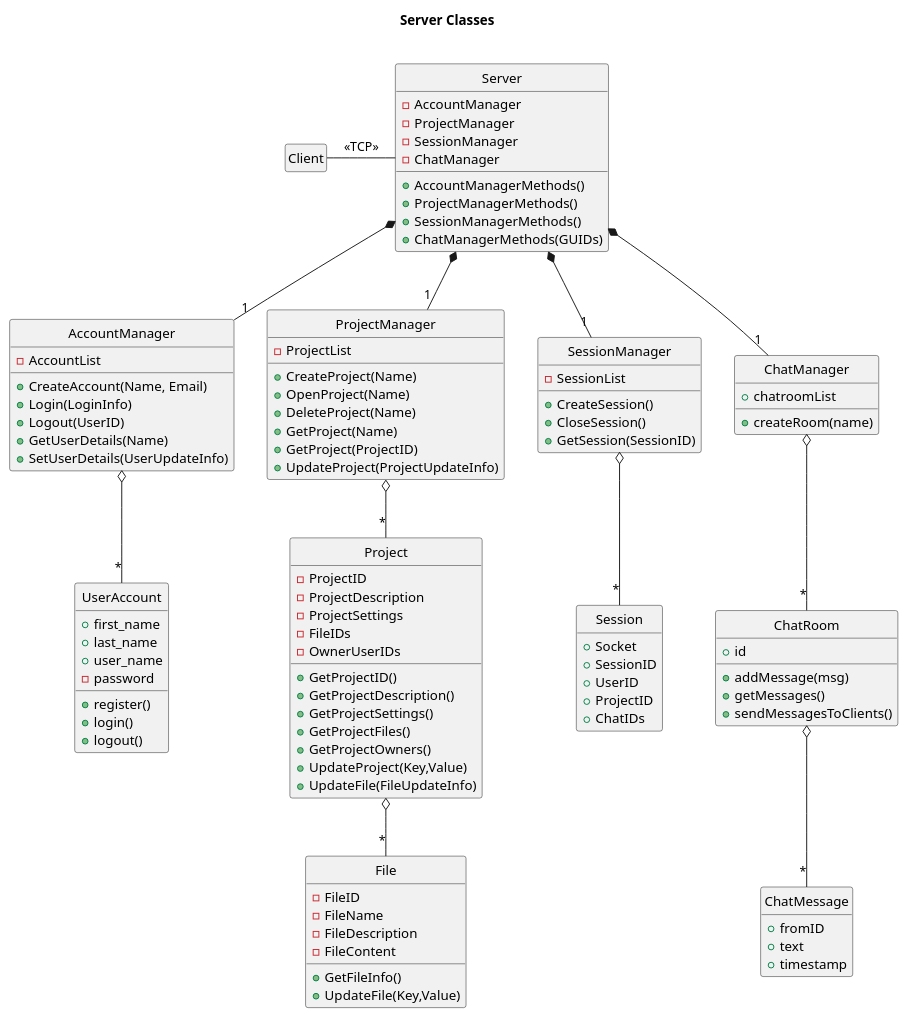
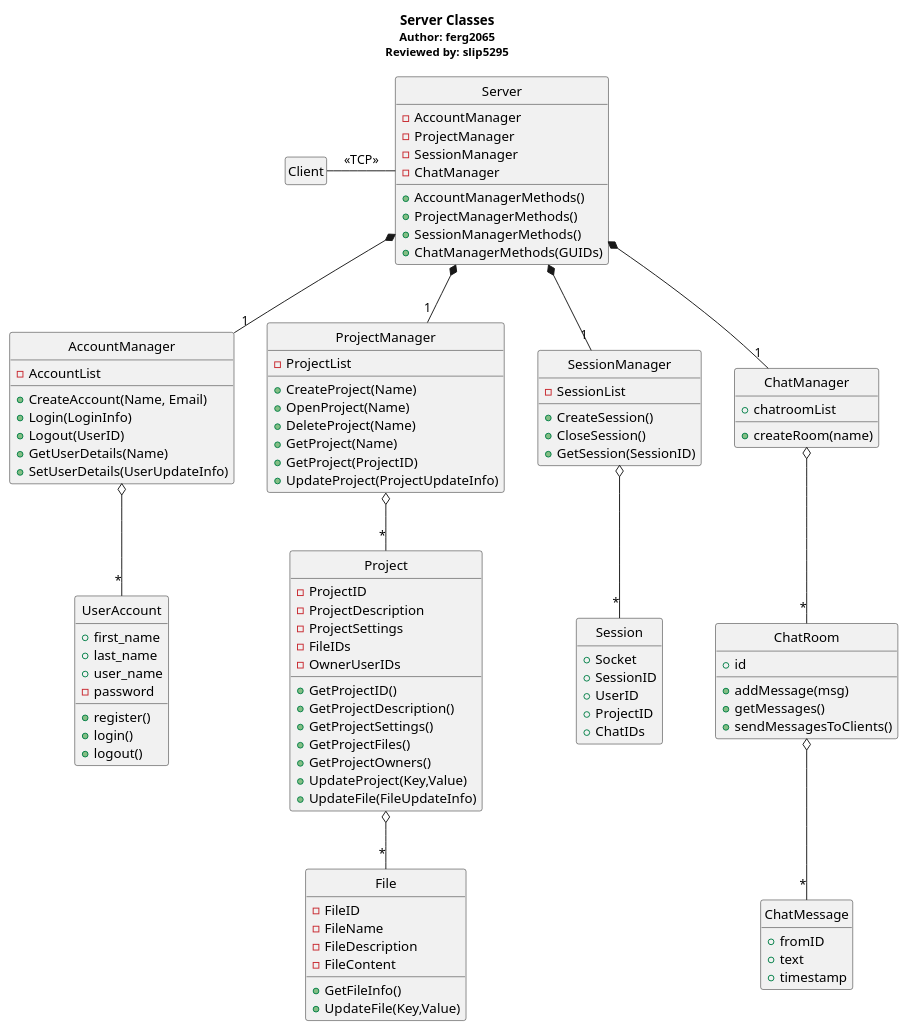
One commit to voxelv/sQuire_kw changed the diagram in hw3/server_detail.pu. Above: the diagram before and after it, drawn with PlantUML. The commit also changed 1 other file, not shown here.

Commit message:
Added author and reviewer

```diff
--- a/hw3/server_detail.pu
+++ b/hw3/server_detail.pu
@@ -1,111 +1,111 @@
 @startuml
 hide circle
 hide empty members
 
-Title <b>Server Classes</b>\n
+Title <b>Server Classes</b>\n<size:12>Author: ferg2065\n<size:12>Reviewed by: slip5295</size>
 
 class "Client" as sq 
 class "Server" as sqs{
 	-AccountManager
 	-ProjectManager
 	-SessionManager
 	-ChatManager
 	+AccountManagerMethods()
 	+ProjectManagerMethods()
 	+SessionManagerMethods()
 	+ChatManagerMethods(GUIDs)
 	}
 	class "AccountManager" as sqs_ua_m{
 		-AccountList
 		+CreateAccount(Name, Email)
 		+Login(LoginInfo)
 		+Logout(UserID)
 		+GetUserDetails(Name)
 		+SetUserDetails(UserUpdateInfo)
 		}
 		class "UserAccount" as sqs_ua {
 			+first_name
 			+last_name
 			+user_name
 			-password
 			+register()
 			+login()
 			+logout()
 			}
 	class "ProjectManager" as sqs_pr_m{
 		-ProjectList
 		+CreateProject(Name)
 		+OpenProject(Name)
 		+DeleteProject(Name)
 		+GetProject(Name)
 		+GetProject(ProjectID)
 		+UpdateProject(ProjectUpdateInfo)
 		}
 		class "Project" as sqs_pr{
 			-ProjectID
 			-ProjectDescription
 			-ProjectSettings
 			-FileIDs
 			-OwnerUserIDs
 			+GetProjectID()
 			+GetProjectDescription()
 			+GetProjectSettings()
 			+GetProjectFiles()
 			+GetProjectOwners()
 			+UpdateProject(Key,Value)
 			+UpdateFile(FileUpdateInfo)
 			}
 			class "File" as sqs_fi{
 				-FileID
 				-FileName
 				-FileDescription
 				-FileContent
 				+GetFileInfo()
 				+UpdateFile(Key,Value)
 				}
 	class "SessionManager" as sqs_se_m{
 		-SessionList
 		+CreateSession()
 		+CloseSession()
 		+GetSession(SessionID)
 		}
 		class "Session" as sqs_se{
 			+Socket
 			+SessionID
 			+UserID
 			+ProjectID
 			+ChatIDs
 			}
 	class "ChatManager" as sqs_ch_m{
 		+chatroomList
 		+createRoom(name)
 		}
 		class "ChatRoom" as sqs_ch {
 			+id
 			+addMessage(msg)
 			+getMessages()
 			+sendMessagesToClients()
 			}
 			class "ChatMessage" as sqs_ch_mes{
 				+fromID
 				+text
 				+timestamp
 				}
 
 
 sq -right- sqs : <<TCP>>
 
 	sqs *-- "1" sqs_pr_m 
 		sqs_pr_m o-- "*" sqs_pr 
 			sqs_pr o-- "*" sqs_fi 
 	sqs *-- "1" sqs_ua_m 
 		sqs_ua_m o-- "*" sqs_ua  
 	sqs *-- "1" sqs_ch_m 
 		sqs_ch_m o-- "*" sqs_ch 
 			sqs_ch o-- "*" sqs_ch_mes
 	sqs *-- "1" sqs_se_m 
 		sqs_se_m o-- "*" sqs_se
 
 
 
 @enduml
```
